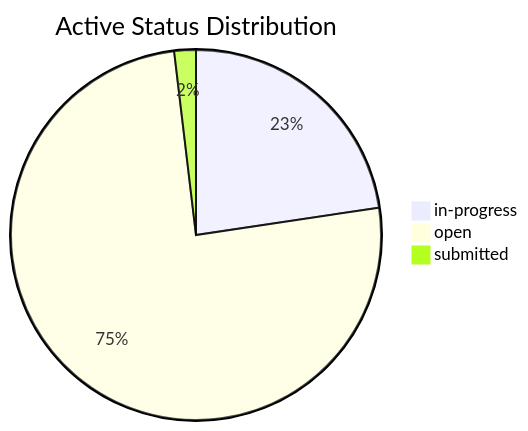
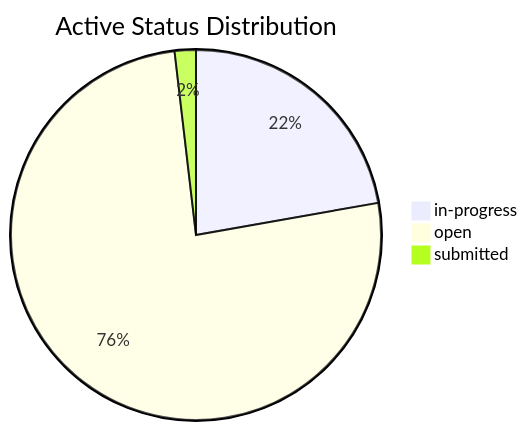
Before and after one commit to mgosal/5et.uk: the second of 3 diagrams in dashboard.md, drawn with Mermaid. The commit also changed other lines of this file and 2 other files, not shown here.

````diff
--- a/dashboard.md
+++ b/dashboard.md
@@ -178,6 +177,6 @@
 ```mermaid
 pie title Active Status Distribution
     "in-progress" : 12
-    "open" : 40
+    "open" : 41
     "submitted" : 1
 ```
````
